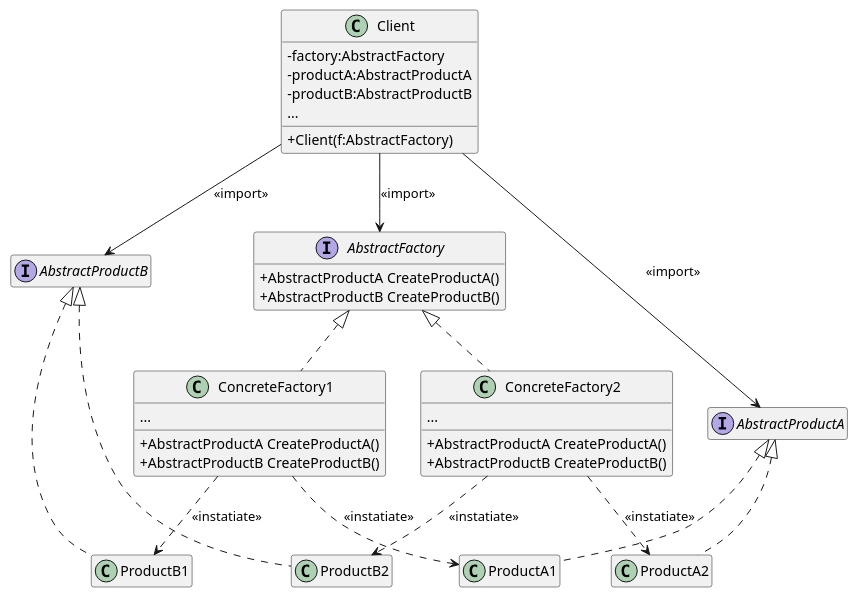
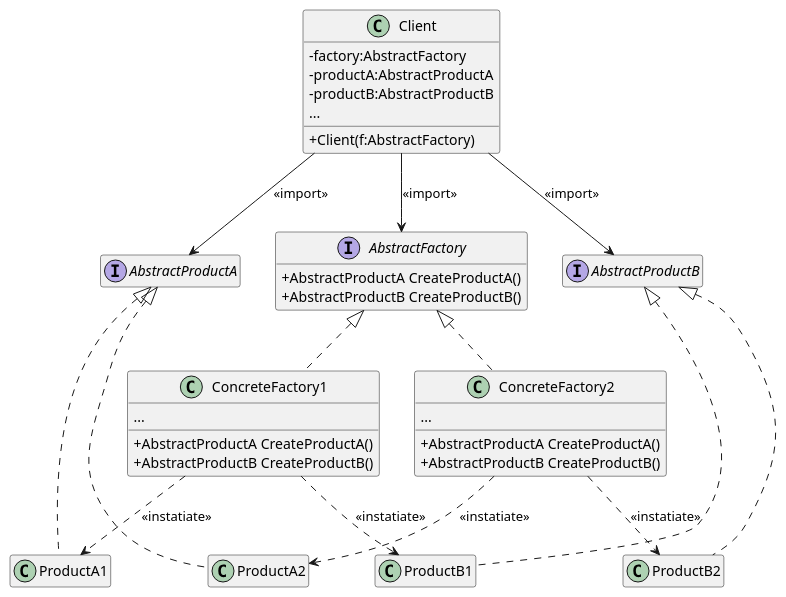
The diagram in articles/_designpattern/abstract_factory.plantuml (42jerrykim/Reevid.github.io), drawn with PlantUML before and after one commit.

```diff
--- a/articles/_designpattern/abstract_factory.plantuml
+++ b/articles/_designpattern/abstract_factory.plantuml
@@ -1,60 +1,65 @@
 @startuml
 skinparam classAttributeIconSize 0
 
 interface AbstractFactory {
 +AbstractProductA CreateProductA()
 +AbstractProductB CreateProductB()
 }
-
 
 interface AbstractProductA
 interface AbstractProductB
 
 class ConcreteFactory1 {
 ...
 +AbstractProductA CreateProductA()
 +AbstractProductB CreateProductB()
 }
 
 class ConcreteFactory2 {
 ...
 +AbstractProductA CreateProductA()
 +AbstractProductB CreateProductB()
 }
 
 class Client {
 -factory:AbstractFactory
 -productA:AbstractProductA
 -productB:AbstractProductB
 ...
 +Client(f:AbstractFactory)
 }
 
-Client --> AbstractFactory: <<import>>
-Client --> AbstractProductA: <<import>>
-Client --> AbstractProductB: <<import>>
+
+Client -down-> AbstractFactory: <<import>>
+Client -down-> AbstractProductA: <<import>>
+Client -down-> AbstractProductB: <<import>>
+
+AbstractProductA -[hidden]right- AbstractProductB
+AbstractProductA -[hidden]down- ConcreteFactory1  
+AbstractProductB -[hidden]down- ConcreteFactory2
 
 ConcreteFactory1 .up.|> AbstractFactory
 ConcreteFactory2 .up.|> AbstractFactory
+ConcreteFactory1 -[hidden]right- ConcreteFactory2
 
 ProductA1 .up.|> AbstractProductA
 ProductA2 .up.|> AbstractProductA
 
 ProductB1 .up.|> AbstractProductB
 ProductB2 .up.|> AbstractProductB
 
 ConcreteFactory1  ..> ProductA1 : <<instatiate>>
 ConcreteFactory1  ..> ProductB1 : <<instatiate>>
 
 ConcreteFactory2  ..> ProductA2 : <<instatiate>>
 ConcreteFactory2  ..> ProductB2 : <<instatiate>>
 
+
 hide AbstractFactory field
 hide AbstractProductA member
 hide AbstractProductB member
 hide ProductA1 member
 hide ProductA2 member
 hide ProductB1 member
 hide ProductB2 member
-
 @enduml
```
